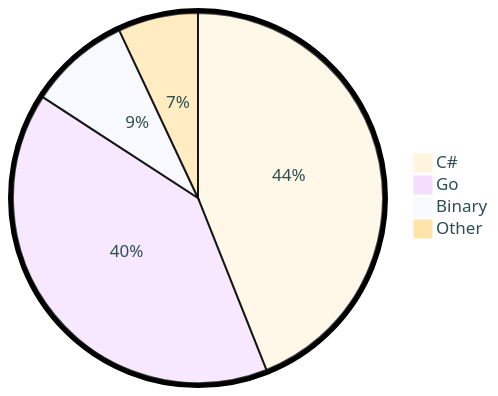
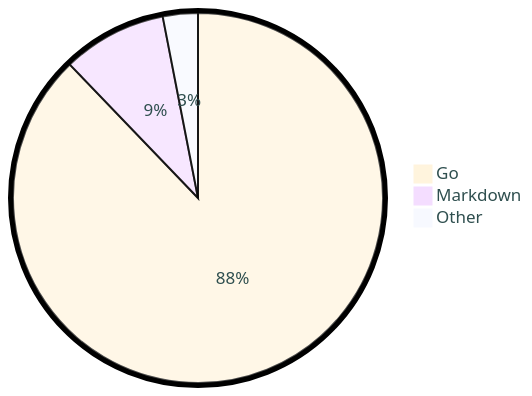
Before and after one commit to tot0p/tot0p: the diagram in README.md, drawn with Mermaid. The commit also changed other lines of this file, not shown here.

````diff
--- a/README.md
+++ b/README.md
@@ -74,8 +69,7 @@
 ```mermaid
 %%{init: {"pie": {"textPosition": 0.5}, "themeVariables": {"pieOuterStrokeWidth": "5px","primaryTextColor" : "#2F4F4F"},"theme":"base"} }%%
 pie
-	"C#": 43.97
-	"Go": 40.2
-	"Binary": 8.84
-	"Other": 6.99
+	"Go": 87.82
+	"Markdown": 9.12
+	"Other": 3.06
 ```
````
